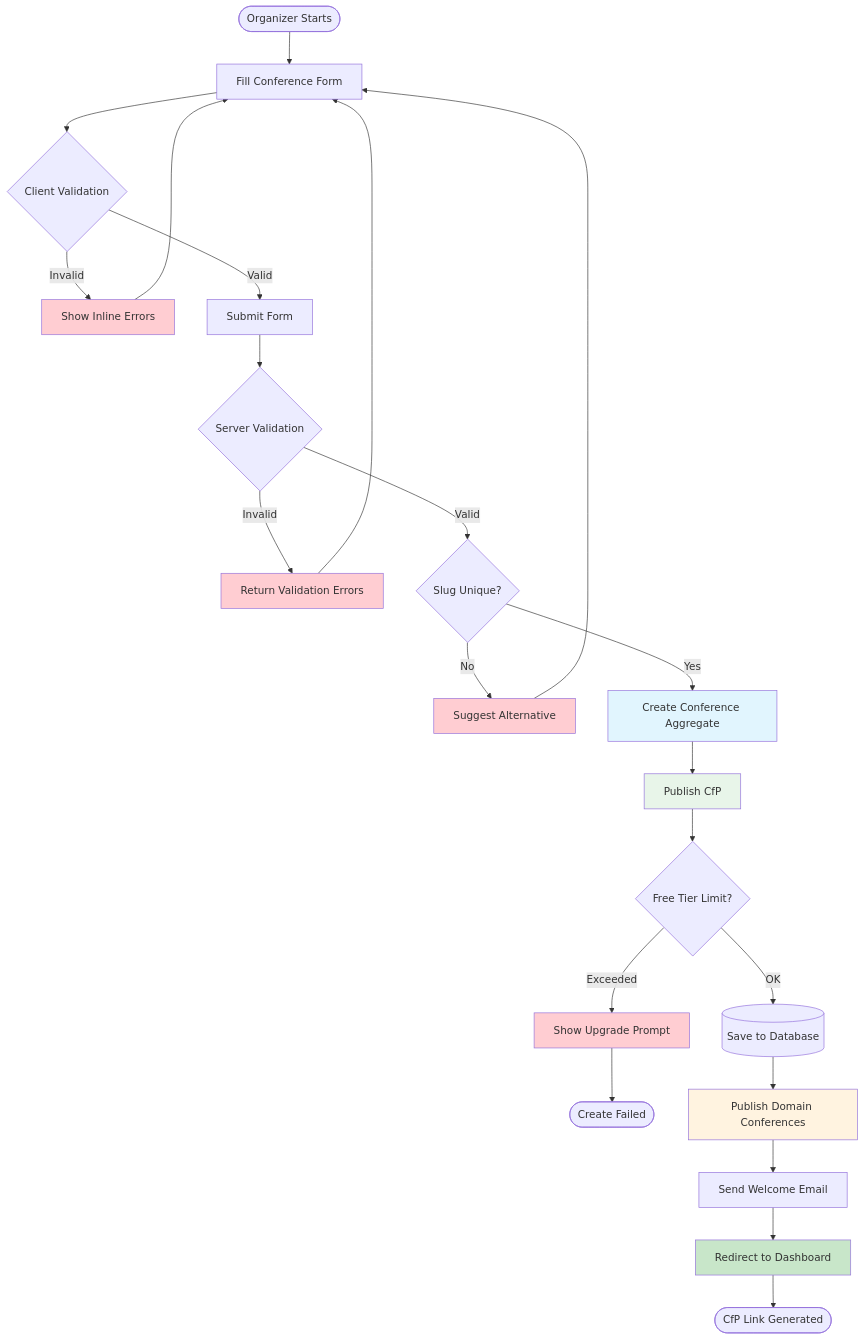
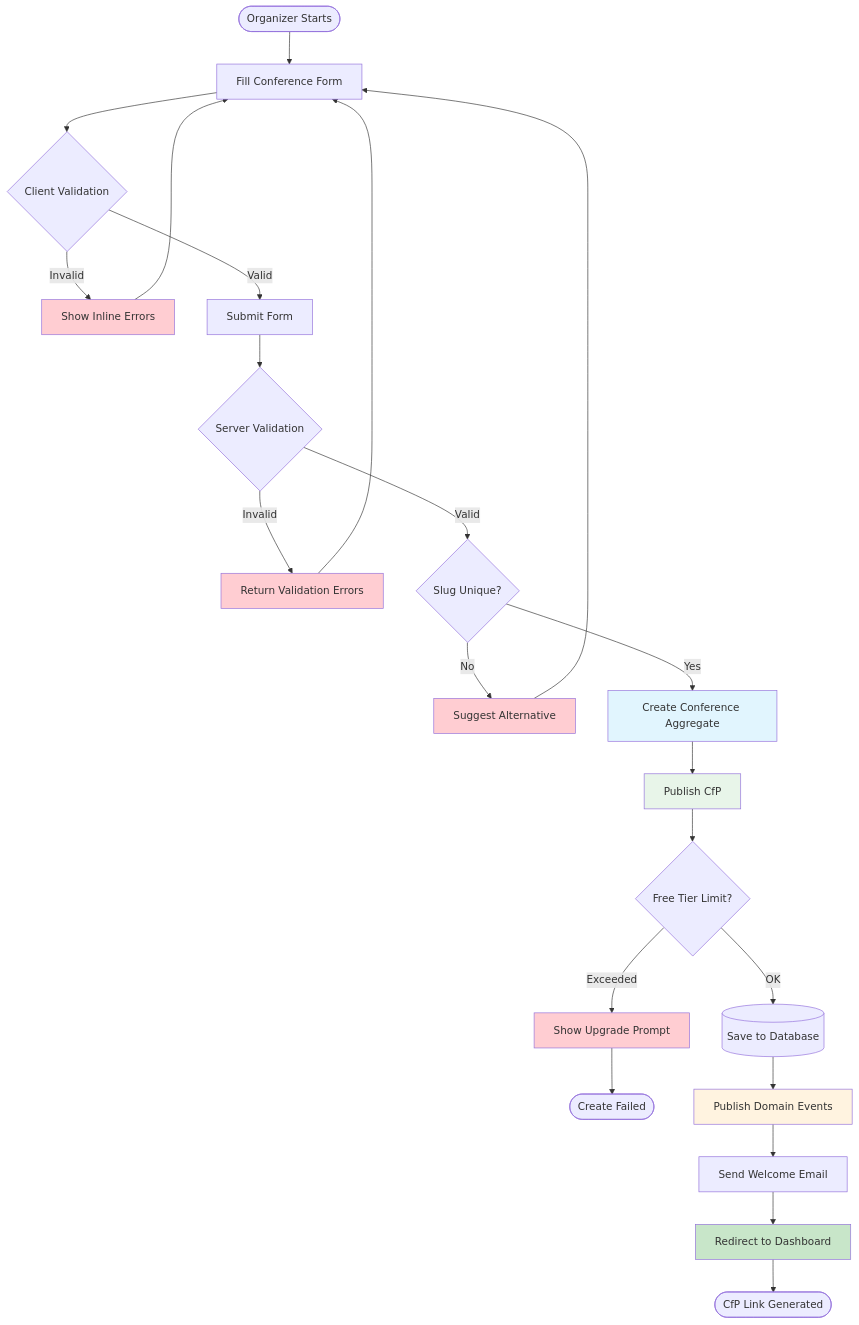
The second of 3 diagrams in docs/product/bounded-contexts/conference/flows/journey-01-setup-conference.md (faparicior/SessioFlow), drawn with Mermaid before and after one commit. The commit also changed other lines of this file and 24 other files, not shown here.

````diff
--- a/docs/product/bounded-contexts/conference/flows/journey-01-setup-conference.md
+++ b/docs/product/bounded-contexts/conference/flows/journey-01-setup-conference.md
@@ -273,42 +273,42 @@
 ```mermaid
 flowchart TB
     Start([Organizer Starts]) --> Form[Fill Conference Form]
     Form --> Validate{Client Validation}
     
     Validate -->|Invalid| Error1[Show Inline Errors]
     Error1 --> Form
     
     Validate -->|Valid| Submit[Submit Form]
     Submit --> ServerValidate{Server Validation}
     
     ServerValidate -->|Invalid| Error2[Return Validation Errors]
     Error2 --> Form
     
     ServerValidate -->|Valid| CheckSlug{Slug Unique?}
     CheckSlug -->|No| Error3[Suggest Alternative]
     Error3 --> Form
     
     CheckSlug -->|Yes| CreateConference[Create Conference Aggregate]
     CreateConference --> PublishCfp[Publish CfP]
     
     PublishCfp --> CheckTier{Free Tier Limit?}
     CheckTier -->|Exceeded| Error4[Show Upgrade Prompt]
     Error4 --> EndFail([Create Failed])
     
     CheckTier -->|OK| SaveDB[(Save to Database)]
-    SaveDB --> PublishConferences[Publish Domain Conferences]
+    SaveDB --> PublishEvents[Publish Domain Events]
     
-    PublishConferences --> SendEmail[Send Welcome Email]
+    PublishEvents --> SendEmail[Send Welcome Email]
     SendEmail --> Success[Redirect to Dashboard]
     
     Success --> EndSuccess([CfP Link Generated])
     
     style CreateConference fill:#e1f5fe
     style PublishCfp fill:#e8f5e9
-    style PublishConferences fill:#fff3e0
+    style PublishEvents fill:#fff3e0
     style Success fill:#c8e6c9
     style Error1 fill:#ffcdd2
     style Error2 fill:#ffcdd2
     style Error3 fill:#ffcdd2
     style Error4 fill:#ffcdd2
 ```
````
